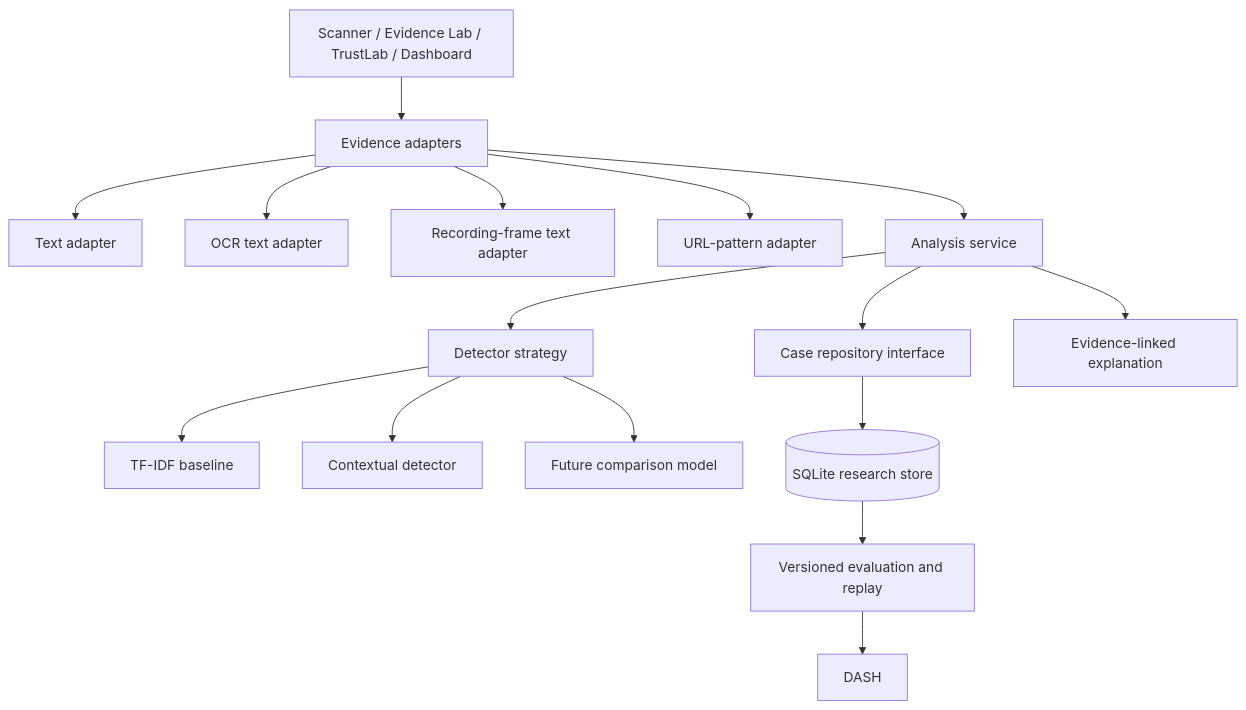
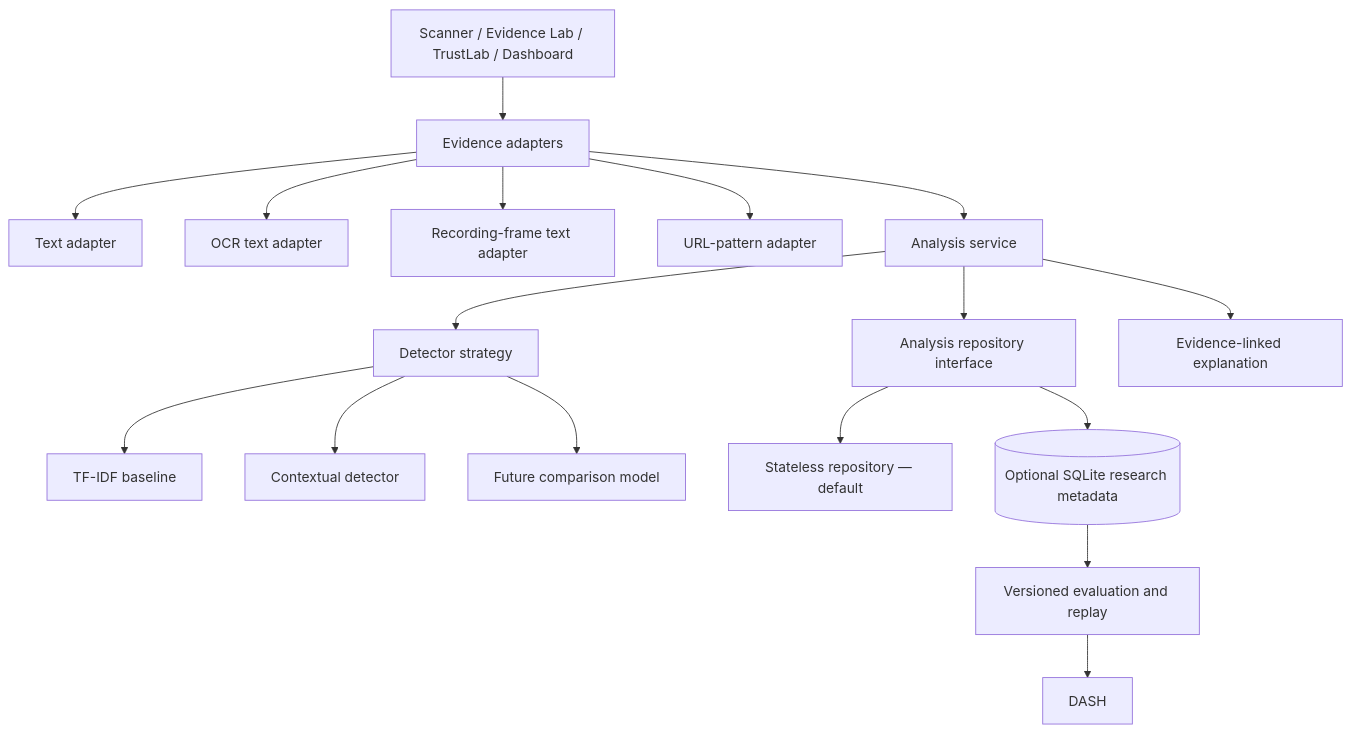
The second of 2 diagrams in docs/architecture.md (ositamichael/Production-project-final-year), drawn with Mermaid before and after one commit. The commit also changed other lines of this file and 20 other files, not shown here.

Commit message:
Implement Sprint 2 architecture and data foundation

````diff
--- a/docs/architecture.md
+++ b/docs/architecture.md
@@ -20,19 +20,20 @@
 ```mermaid
 flowchart TB
     UI[Scanner / Evidence Lab / TrustLab / Dashboard]
     UI --> EA[Evidence adapters]
     EA --> TXT[Text adapter]
     EA --> IMG[OCR text adapter]
     EA --> VID[Recording-frame text adapter]
     EA --> URL[URL-pattern adapter]
     EA --> APP[Analysis service]
     APP --> DS[Detector strategy]
     DS --> TF[TF-IDF baseline]
     DS --> CTX[Contextual detector]
     DS --> FUT[Future comparison model]
-    APP --> REPO[Case repository interface]
-    REPO --> SQL[(SQLite research store)]
+    APP --> REPO[Analysis repository interface]
+    REPO --> NULL[Stateless repository — default]
+    REPO --> SQL[(Optional SQLite research metadata)]
     APP --> EX[Evidence-linked explanation]
     SQL --> EVAL[Versioned evaluation and replay]
     EVAL --> DASH
 ```
````
